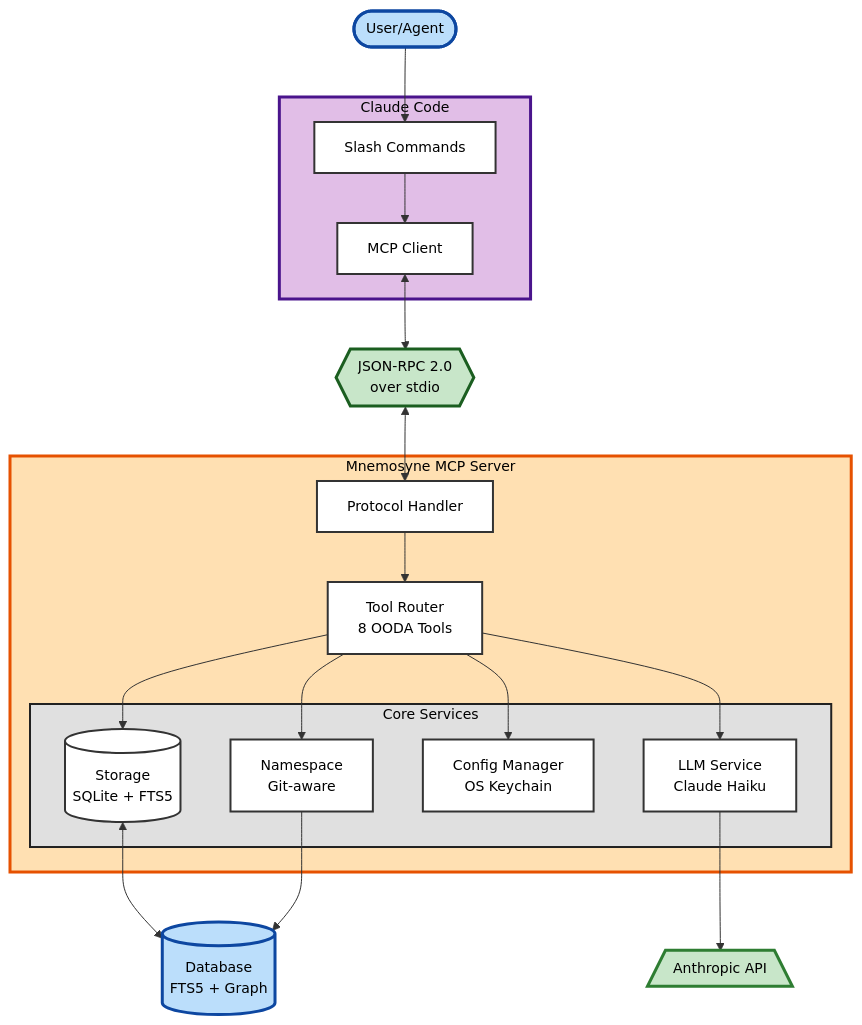
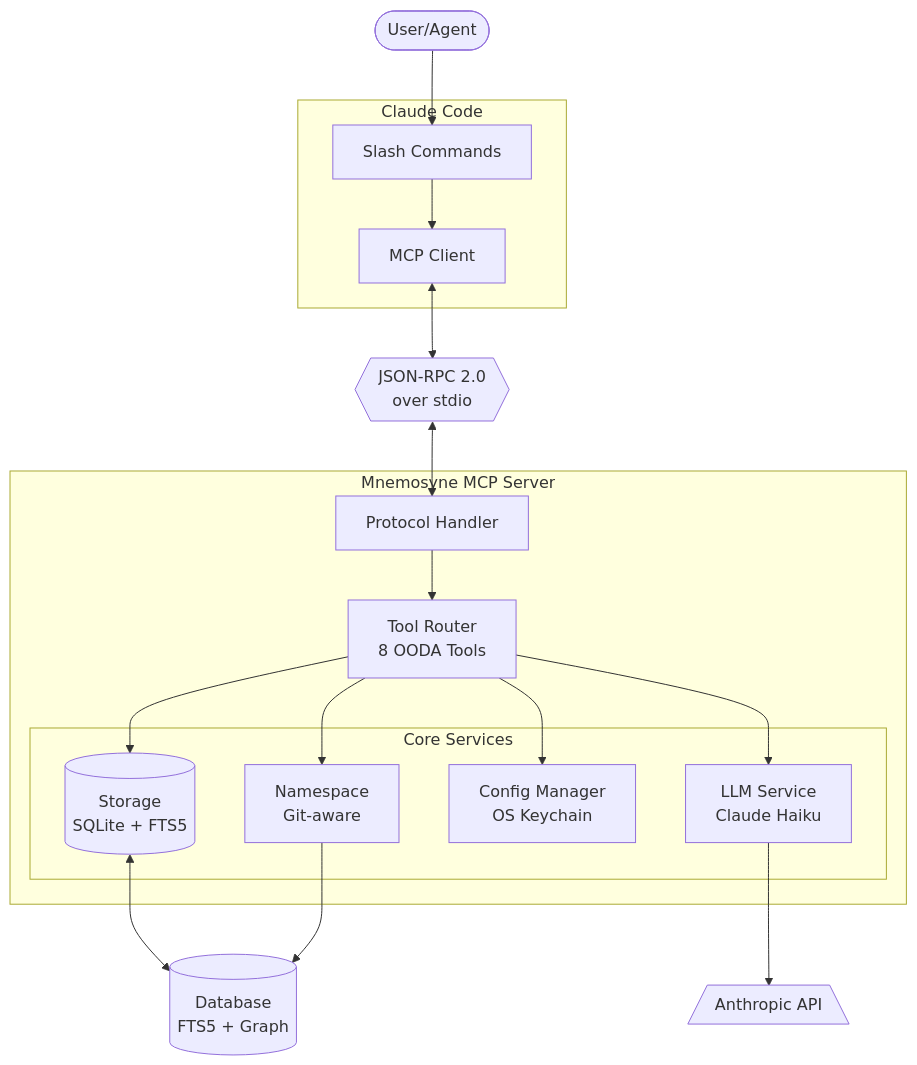
The diagram in MCP_SERVER.md (rand/mnemosyne), drawn with Mermaid before and after one commit. The commit also changed 2 other files, not shown here.

Commit message:
Fix Mermaid diagram rendering issues for GitHub
Removed GitHub-incompatible Mermaid features from 13 diagrams across 7 files:
- Removed %%{init: ...}%% theme directives with custom themeVariables
- Removed style directives for fills, strokes, and colors
- Removed rect rgb(...) background boxes from sequence diagrams
- Preserved core diagram structure and information flow

GitHub's Mermaid renderer has limitations that don't support:
- Custom theme initialization directives
- Custom styling (colors, stroke widths, fills)
- Font size/family customization

All diagrams now use GitHub's default Mermaid theme and should render properly.

Affected files:
- ARCHITECTURE.md (4 diagrams: System Overview, Memory Creation/Retrieval/Context flows)
- MCP_SERVER.md (1 diagram: Architecture flowchart)
- SECRETS_MANAGEMENT.md (2 diagrams: Encryption/Decryption flows)

Other files verified clean:
- docs/guides/llm-reviewer.md (1 simple graph)
- docs/historical/v2-planning/execution-plan.md (3 Gantt charts)
- docs/historical/v2-planning/v2.0-specification.md (1 simple graph)
- CLAUDE.md (1 state diagram)

🤖 Generated with [Claude Code](https://claude.com/claude-code)

````diff
--- a/MCP_SERVER.md
+++ b/MCP_SERVER.md
@@ -399,59 +399,41 @@
 ```mermaid
-%%{init: {'theme':'base', 'themeVariables': {'primaryTextColor':'#000', 'primaryBorderColor':'#333', 'lineColor':'#333', 'fontSize':'14px'}}}%%
 flowchart TD
     User([User/Agent])
 
     subgraph Claude["Claude Code"]
         UI[Slash Commands]
         Client[MCP Client]
     end
 
     Protocol{{JSON-RPC 2.0<br/>over stdio}}
 
     subgraph Server["Mnemosyne MCP Server"]
         Handler[Protocol Handler]
         Router[Tool Router<br/>8 OODA Tools]
 
         subgraph Services["Core Services"]
             Storage[(Storage<br/>SQLite + FTS5)]
             LLM[LLM Service<br/>Claude Haiku]
             Config[Config Manager<br/>OS Keychain]
             NS[Namespace<br/>Git-aware]
         end
     end
 
     API[/Anthropic API\]
     DB[(Database<br/>FTS5 + Graph)]
 
     User --> UI
     UI --> Client
     Client <--> Protocol
     Protocol <--> Handler
     Handler --> Router
 
     Router --> Storage
     Router --> LLM
     Router --> Config
     Router --> NS
 
     Storage <--> DB
     LLM --> API
     NS --> DB
-
-    style User fill:#bbdefb,stroke:#0d47a1,stroke-width:3px,color:#000
-    style Claude fill:#e1bee7,stroke:#4a148c,stroke-width:3px,color:#000
-    style Server fill:#ffe0b2,stroke:#e65100,stroke-width:3px,color:#000
-    style Services fill:#e0e0e0,stroke:#212121,stroke-width:2px,color:#000
-    style Protocol fill:#c8e6c9,stroke:#1b5e20,stroke-width:3px,color:#000
-    style API fill:#c8e6c9,stroke:#2e7d32,stroke-width:3px,color:#000
-    style DB fill:#bbdefb,stroke:#0d47a1,stroke-width:3px,color:#000
-
-    style UI fill:#fff,color:#000,stroke:#333,stroke-width:2px
-    style Client fill:#fff,color:#000,stroke:#333,stroke-width:2px
-    style Handler fill:#fff,color:#000,stroke:#333,stroke-width:2px
-    style Router fill:#fff,color:#000,stroke:#333,stroke-width:2px
-    style Storage fill:#fff,color:#000,stroke:#333,stroke-width:2px
-    style LLM fill:#fff,color:#000,stroke:#333,stroke-width:2px
-    style Config fill:#fff,color:#000,stroke:#333,stroke-width:2px
-    style NS fill:#fff,color:#000,stroke:#333,stroke-width:2px
 ```
````
